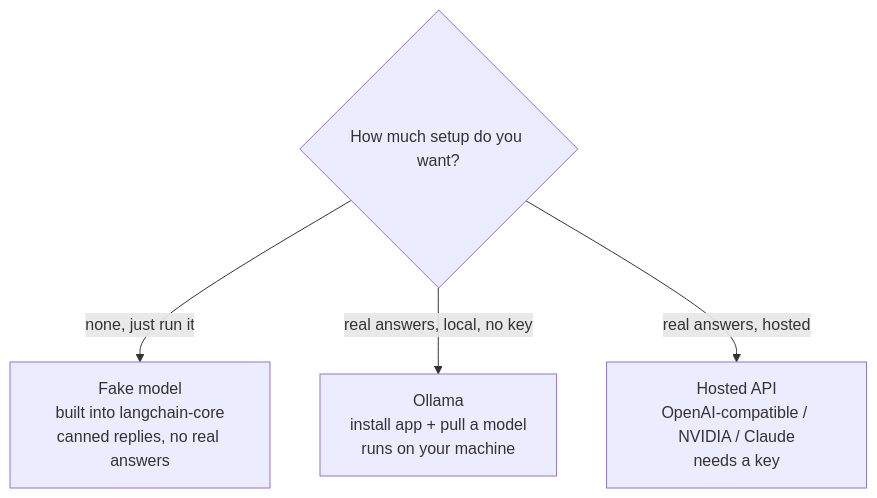
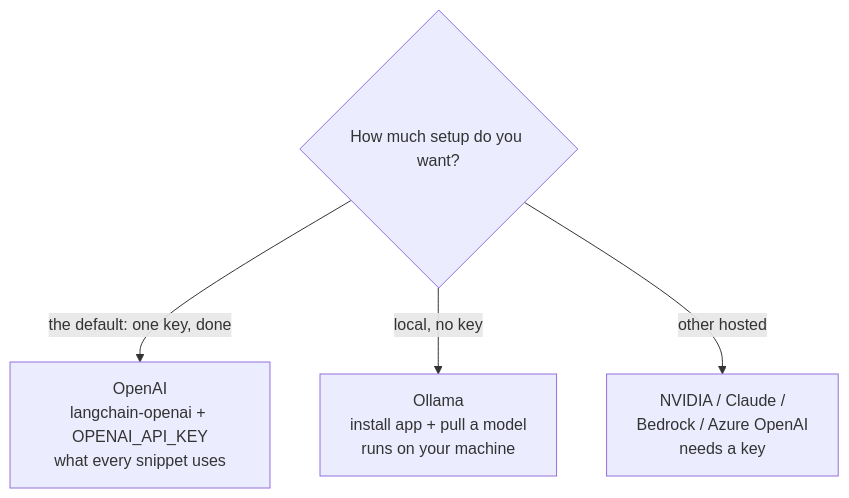
One commit to RahulHalpati/learning_docs changed the diagram in langchain_rag/01_foundations/02_environment_setup.md. Above: the diagram before and after it, drawn with Mermaid. The commit also changed other lines of this file and 154 other files, not shown here.

````diff
--- a/langchain_rag/01_foundations/02_environment_setup.md
+++ b/langchain_rag/01_foundations/02_environment_setup.md
@@ -48,7 +48,7 @@
 ```mermaid
 flowchart TD
     Q{How much setup do you want?} 
-    Q -->|none, just run it| FAKE["Fake model<br/>built into langchain-core<br/>canned replies, no real answers"]
-    Q -->|real answers, local, no key| OLL["Ollama<br/>install app + pull a model<br/>runs on your machine"]
-    Q -->|real answers, hosted| API["Hosted API<br/>OpenAI-compatible / NVIDIA / Claude<br/>needs a key"]
+    Q -->|the default: one key, done| OAI["OpenAI<br/>langchain-openai + OPENAI_API_KEY<br/>what every snippet uses"]
+    Q -->|local, no key| OLL["Ollama<br/>install app + pull a model<br/>runs on your machine"]
+    Q -->|other hosted| API["NVIDIA / Claude /<br/>Bedrock / Azure OpenAI<br/>needs a key"]
 ```
````
